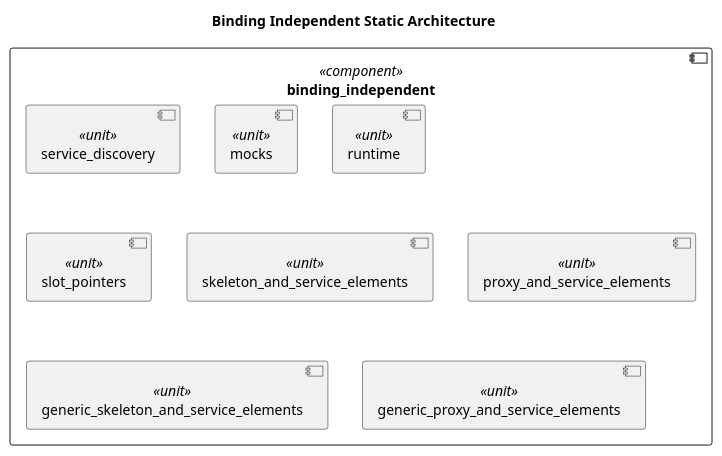
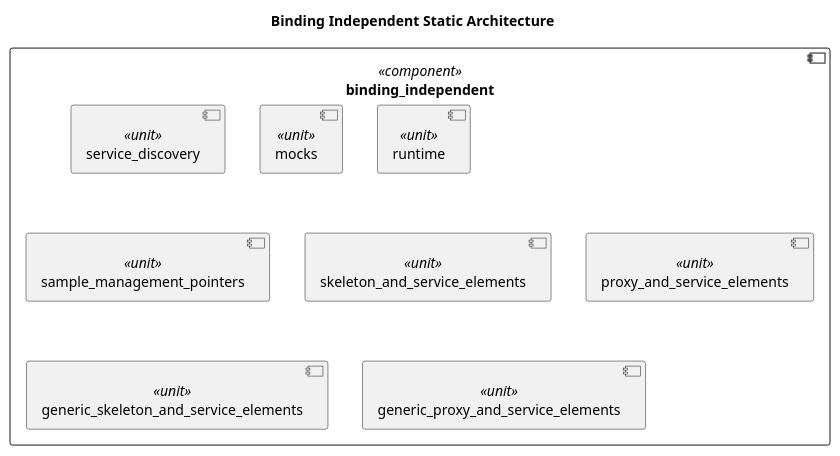
The diagram in score/mw/com/dependability/architectural_design/static_design/binding_independent.puml (eclipse-score/communication), drawn with PlantUML before and after one commit. The commit also changed 8 other files, not shown here.

```diff
--- a/score/mw/com/dependability/architectural_design/static_design/binding_independent.puml
+++ b/score/mw/com/dependability/architectural_design/static_design/binding_independent.puml
@@ -13,19 +13,19 @@
 @startuml safety_sentinel_binding_independent_design
 title "Binding Independent Static Architecture"
 
 component binding_independent <<component>> {
   component service_discovery <<unit>>
   component mocks <<unit>>
   component runtime <<unit>>
-  component slot_pointers <<unit>>
+  component sample_management_pointers <<unit>>
 
   component skeleton_and_service_elements <<unit>>
 
   component proxy_and_service_elements <<unit>>
 
   component generic_skeleton_and_service_elements <<unit>>
 
   component generic_proxy_and_service_elements <<unit>>
 }
 
 @enduml
```
